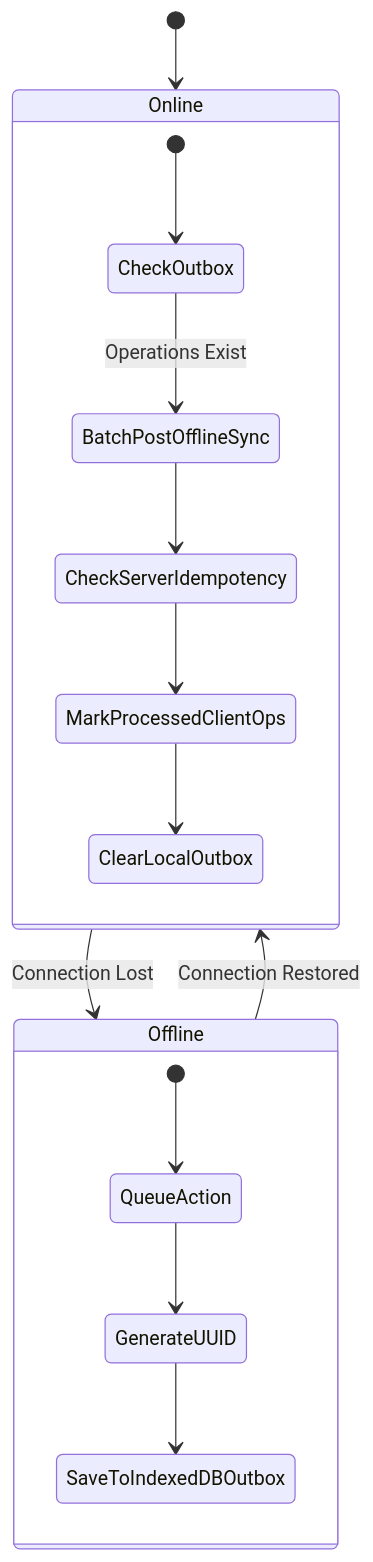
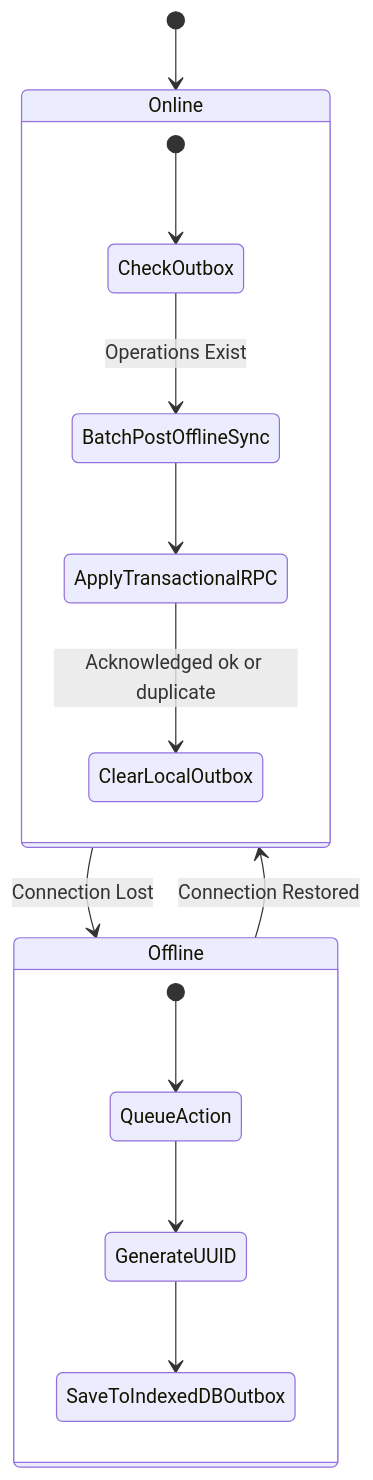
One commit to Arnavshukla09/RURAL-HEALTHCARE-PLATFORM changed the second of 2 diagrams in docs/ARCHITECTURE.md. Above: the diagram before and after it, drawn with Mermaid. The commit also changed other lines of this file and 142 other files, not shown here.

````diff
--- a/docs/ARCHITECTURE.md
+++ b/docs/ARCHITECTURE.md
@@ -86,21 +86,20 @@
 ```mermaid
 stateDiagram-v2
     [*] --> Online
     Online --> Offline : Connection Lost
     
     state Offline {
         [*] --> QueueAction
         QueueAction --> GenerateUUID
         GenerateUUID --> SaveToIndexedDBOutbox
     }
     
     Offline --> Online : Connection Restored
     
     state Online {
         [*] --> CheckOutbox
         CheckOutbox --> BatchPostOfflineSync : Operations Exist
-        BatchPostOfflineSync --> CheckServerIdempotency
-        CheckServerIdempotency --> MarkProcessedClientOps
-        MarkProcessedClientOps --> ClearLocalOutbox
+        BatchPostOfflineSync --> ApplyTransactionalRPC
+        ApplyTransactionalRPC --> ClearLocalOutbox : Acknowledged ok or duplicate
     }
 ```
````
